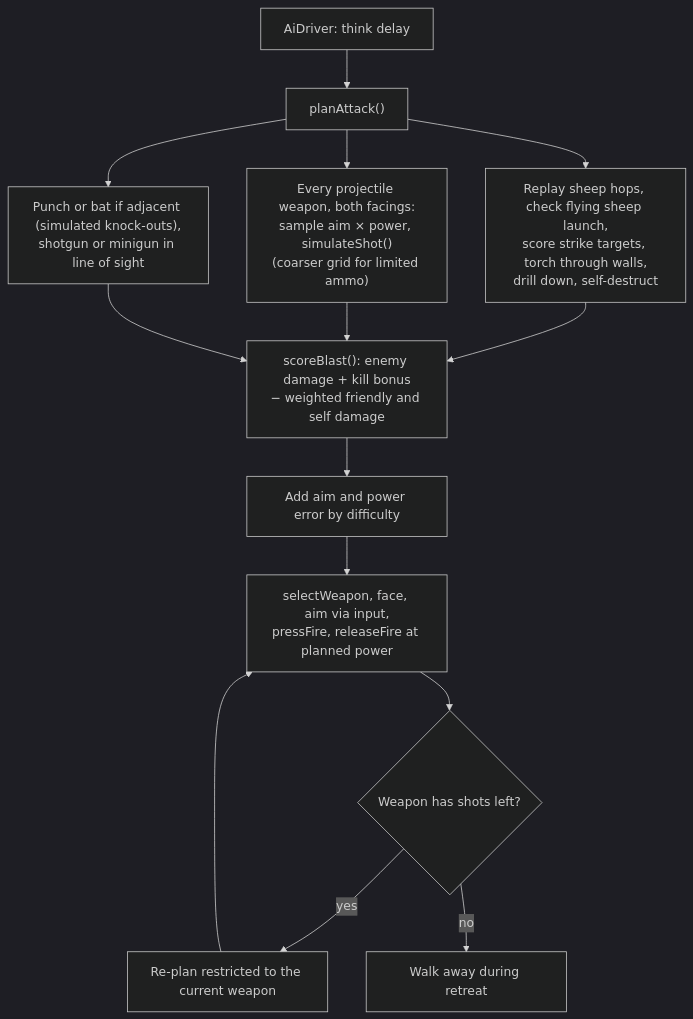
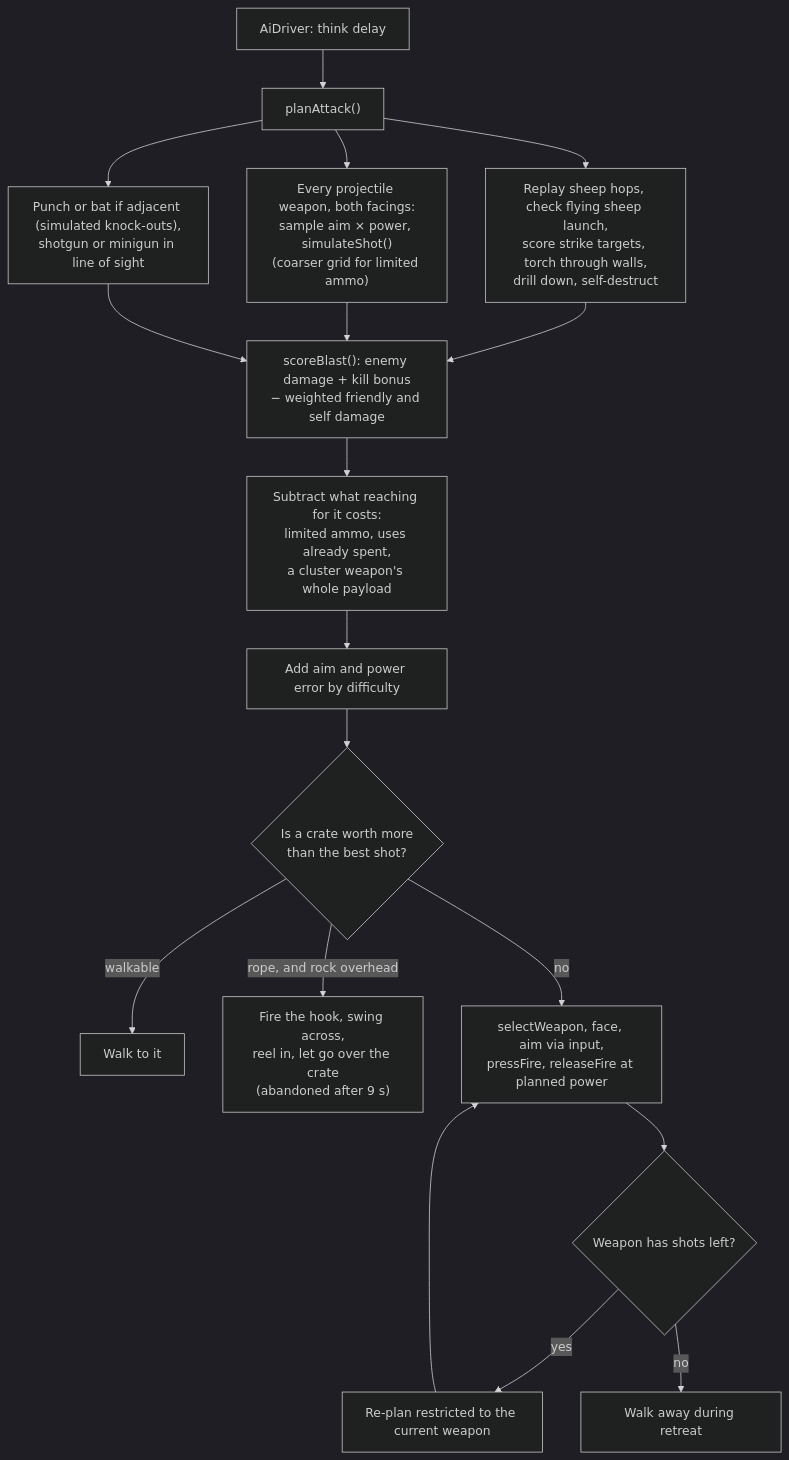
Before and after one commit to marcelpetrick/AlliumAssault: the eighth of 9 diagrams in docs/ARCHITECTURE.md, drawn with Mermaid (dark theme). The commit also changed other lines of this file and 3 other files, not shown here.

First line of the commit message:
docs: bring the C4 architecture back in step with the code

````diff
--- a/docs/ARCHITECTURE.md
+++ b/docs/ARCHITECTURE.md
@@ -255,15 +305,19 @@
 ```mermaid
 flowchart TD
   think["AiDriver: think delay"] --> plan["planAttack()"]
   plan --> sample["Every projectile weapon, both facings:<br/>sample aim × power, simulateShot()<br/>(coarser grid for limited ammo)"]
   plan --> special["Replay sheep hops, check flying sheep launch,<br/>score strike targets, torch through walls,<br/>drill down, self-destruct"]
   plan --> melee["Punch or bat if adjacent (simulated knock-outs),<br/>shotgun or minigun in line of sight"]
   special --> score
   sample --> score["scoreBlast(): enemy damage + kill bonus<br/>− weighted friendly and self damage"]
   melee --> score
-  score --> noise["Add aim and power error by difficulty"]
-  noise --> act["selectWeapon, face, aim via input,<br/>pressFire, releaseFire at planned power"]
+  score --> cost["Subtract what reaching for it costs:<br/>limited ammo, uses already spent,<br/>a cluster weapon's whole payload"]
+  cost --> noise["Add aim and power error by difficulty"]
+  noise --> shop{"Is a crate worth more<br/>than the best shot?"}
+  shop -- "walkable" --> walk["Walk to it"]
+  shop -- "rope, and rock overhead" --> swing["Fire the hook, swing across,<br/>reel in, let go over the crate<br/>(abandoned after 9 s)"]
+  shop -- no --> act["selectWeapon, face, aim via input,<br/>pressFire, releaseFire at planned power"]
   act --> more{"Weapon has shots left?"}
   more -- yes --> replan["Re-plan restricted to the current weapon"] --> act
   more -- no --> retreat["Walk away during retreat"]
 ```
````
